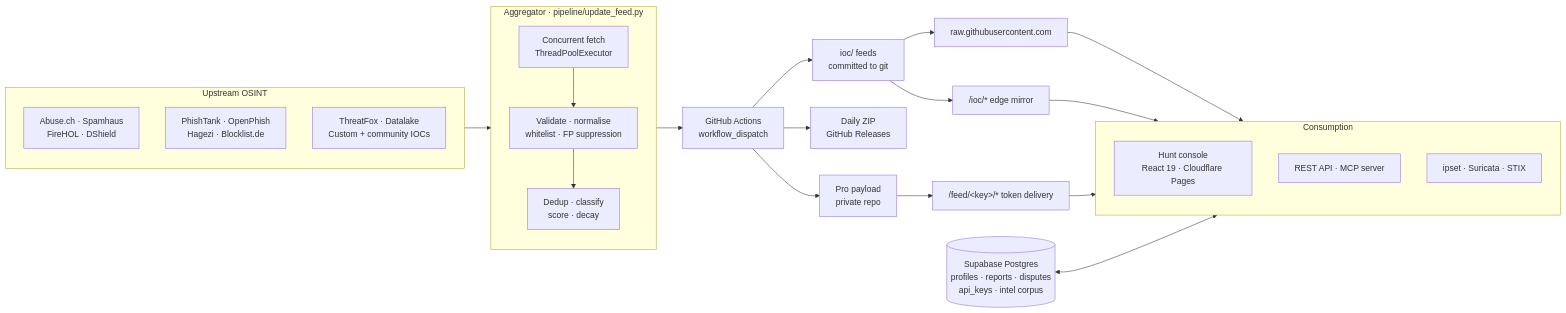
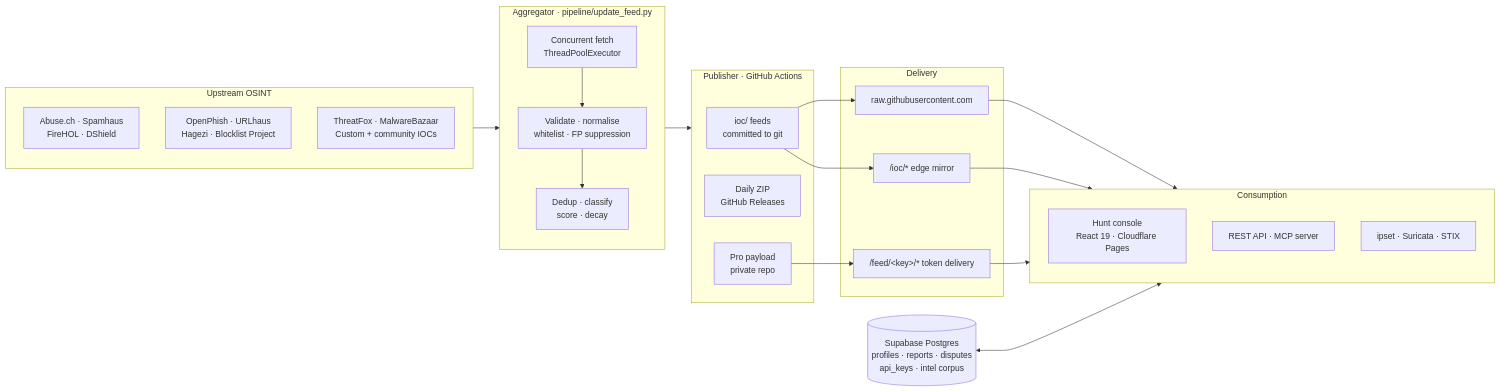
One commit to kalidada18/threatbase changed the fourth of 6 diagrams in README.md. Above: the diagram before and after it, drawn with Mermaid. The commit also changed other lines of this file, not shown here.

Commit message:
docs(readme): update and reorganize documentation and diagrams
- Replace "Development" section with "Quick start" in navigation
- Add new sections: Historical archives, Upstream sources, STIX 2.1 and TAXII
- Clarify IPv4 corpus sample description with exact dates
- Revise upstream OSINT sources list for accuracy and names (e.g., OpenPhish, MalwareBazaar)
- Restructure flowchart to group Publisher and Delivery components
- Add directional links between components in flowchart for better clarity
- Adjust database schema comments for tighter constraints and clearer meanings
- Expand upstream registry description to include 54 sources plus optional AbuseIPDB key
- Note retry mechanism for transient upstream failures in pipeline
- Update feeds list with renamed and reordered entries, adding AbuseIPDB opt-in feed
- Improve attribution and link references in documentation

````diff
--- a/README.md
+++ b/README.md
@@ -170,38 +172,43 @@
 ```mermaid
 flowchart LR
     subgraph SRC["Upstream OSINT"]
         A1["Abuse.ch · Spamhaus<br/>FireHOL · DShield"]
-        A2["PhishTank · OpenPhish<br/>Hagezi · Blocklist.de"]
-        A3["ThreatFox · Datalake<br/>Custom + community IOCs"]
+        A2["OpenPhish · URLhaus<br/>Hagezi · Blocklist Project"]
+        A3["ThreatFox · MalwareBazaar<br/>Custom + community IOCs"]
     end
-
-    SRC --> AGG
 
     subgraph AGG["Aggregator · pipeline/update_feed.py"]
         B1["Concurrent fetch<br/>ThreadPoolExecutor"]
         B2["Validate · normalise<br/>whitelist · FP suppression"]
         B3["Dedup · classify<br/>score · decay"]
         B1 --> B2 --> B3
     end
 
-    AGG --> PUB["GitHub Actions<br/>workflow_dispatch"]
+    subgraph PUB["Publisher · GitHub Actions"]
+        C1["ioc/ feeds<br/>committed to git"]
+        C2["Daily ZIP<br/>GitHub Releases"]
+        C3["Pro payload<br/>private repo"]
+    end
 
-    PUB --> C1["ioc/ feeds<br/>committed to git"]
-    PUB --> C2["Daily ZIP<br/>GitHub Releases"]
-    PUB --> C3["Pro payload<br/>private repo"]
-
-    C1 --> D1["raw.githubusercontent.com"]
-    C1 --> D2["/ioc/* edge mirror"]
-    C3 --> D3["/feed/&lt;key&gt;/* token delivery"]
-
-    D1 & D2 --> APP
-    D3 --> APP
+    subgraph EDGE["Delivery"]
+        D1["raw.githubusercontent.com"]
+        D2["/ioc/* edge mirror"]
+        D3["/feed/&lt;key&gt;/* token delivery"]
+    end
 
     subgraph APP["Consumption"]
         E1["Hunt console<br/>React 19 · Cloudflare Pages"]
         E2["REST API · MCP server"]
         E3["ipset · Suricata · STIX"]
     end
 
+    SRC --> AGG
+    AGG --> PUB
+    C1 --> D1
+    C1 --> D2
+    C3 --> D3
+    D1 --> APP
+    D2 --> APP
+    D3 --> APP
     DB[("Supabase Postgres<br/>profiles · reports · disputes<br/>api_keys · intel corpus")] <--> APP
 ```
````
